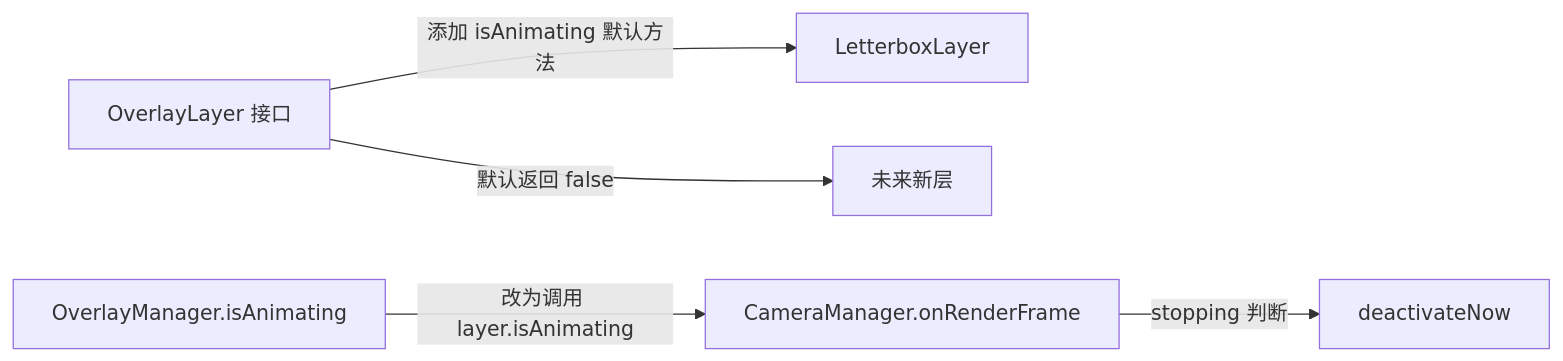
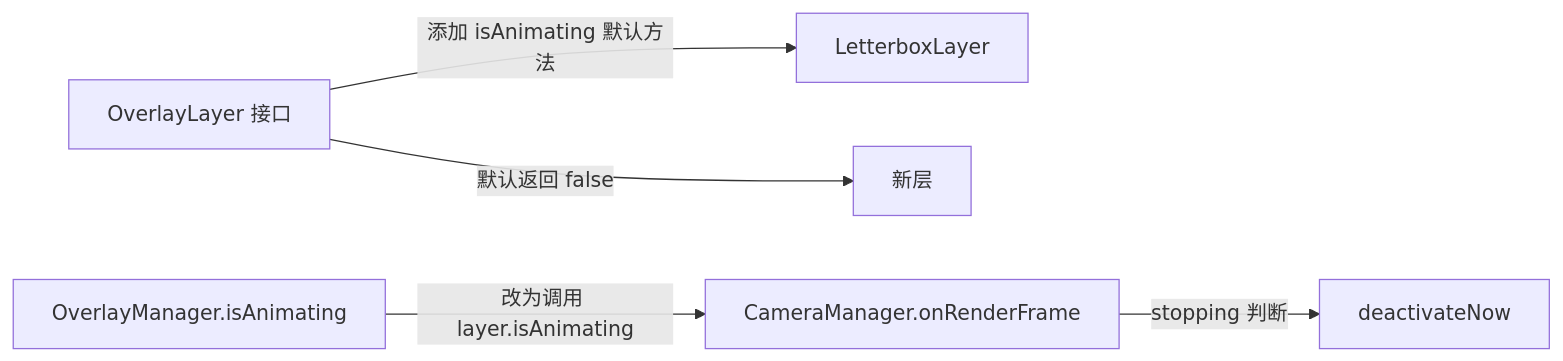
Before and after one commit to SanZiNEO/ImmersiveCinematics: the diagram in plans/complete/repair_plan_C_additional.md, drawn with Mermaid. The commit also changed other lines of this file and 132 other files, not shown here.

````diff
--- a/plans/complete/repair_plan_C_additional.md
+++ b/plans/complete/repair_plan_C_additional.md
@@ -59,7 +59,7 @@
 ```mermaid
 graph LR
     OL[OverlayLayer 接口] -->|添加 isAnimating 默认方法| LL[LetterboxLayer]
-    OL -->|默认返回 false| Future[未来新层]
+    OL -->|默认返回 false| Future[新层]
     OM[OverlayManager.isAnimating] -->|改为调用 layer.isAnimating| CM[CameraManager.onRenderFrame]
     CM -->|stopping 判断| deactivateNow
 ```
````
